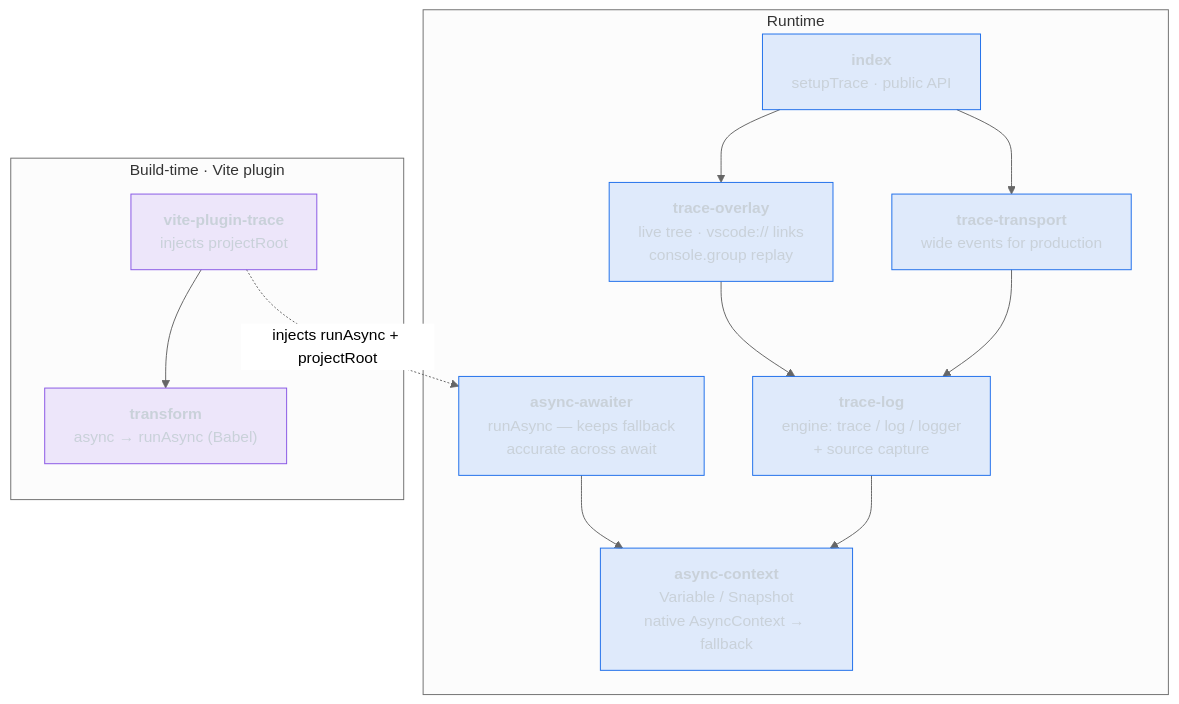
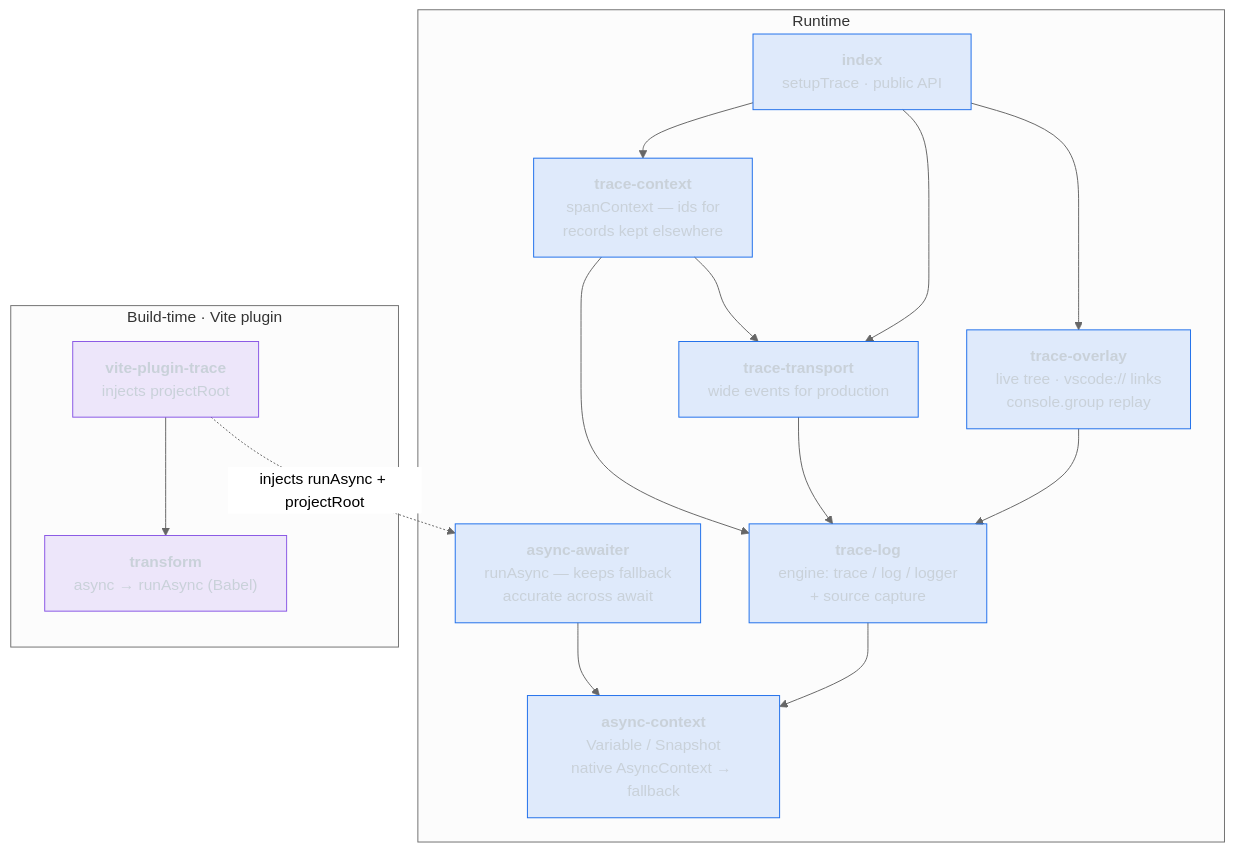
One commit to cbcruk/console-trace changed the diagram in README.md. Above: the diagram before and after it, drawn with Mermaid (neutral theme). The commit also changed other lines of this file and 9 other files, not shown here.

````diff
--- a/README.md
+++ b/README.md
@@ -9,30 +9,34 @@
 ```mermaid
 graph TD
     subgraph runtime["Runtime"]
         index["<b>index</b><br/>setupTrace · public API"]
         overlay["<b>trace-overlay</b><br/>live tree · vscode:// links<br/>console.group replay"]
         transport["<b>trace-transport</b><br/>wide events for production"]
+        spanctx["<b>trace-context</b><br/>spanContext — ids for<br/>records kept elsewhere"]
         log["<b>trace-log</b><br/>engine: trace / log / logger<br/>+ source capture"]
         awaiter["<b>async-awaiter</b><br/>runAsync — keeps fallback<br/>accurate across await"]
         context["<b>async-context</b><br/>Variable / Snapshot<br/>native AsyncContext → fallback"]
     end
 
     subgraph build["Build-time · Vite plugin"]
         plugin["<b>vite-plugin-trace</b><br/>injects projectRoot"]
         transform["<b>transform</b><br/>async → runAsync (Babel)"]
     end
 
     index --> overlay
     index --> transport
+    index --> spanctx
     overlay --> log
     transport --> log
+    spanctx --> log
+    spanctx --> transport
     log --> context
     awaiter --> context
     plugin --> transform
     plugin -. "injects runAsync + projectRoot" .-> awaiter
 
     classDef core fill:#1f6feb22,stroke:#1f6feb,color:#c9d1d9;
     classDef tool fill:#8957e522,stroke:#8957e5,color:#c9d1d9;
-    class index,overlay,transport,log,awaiter,context core;
+    class index,overlay,transport,spanctx,log,awaiter,context core;
     class plugin,transform tool;
 ```
````
